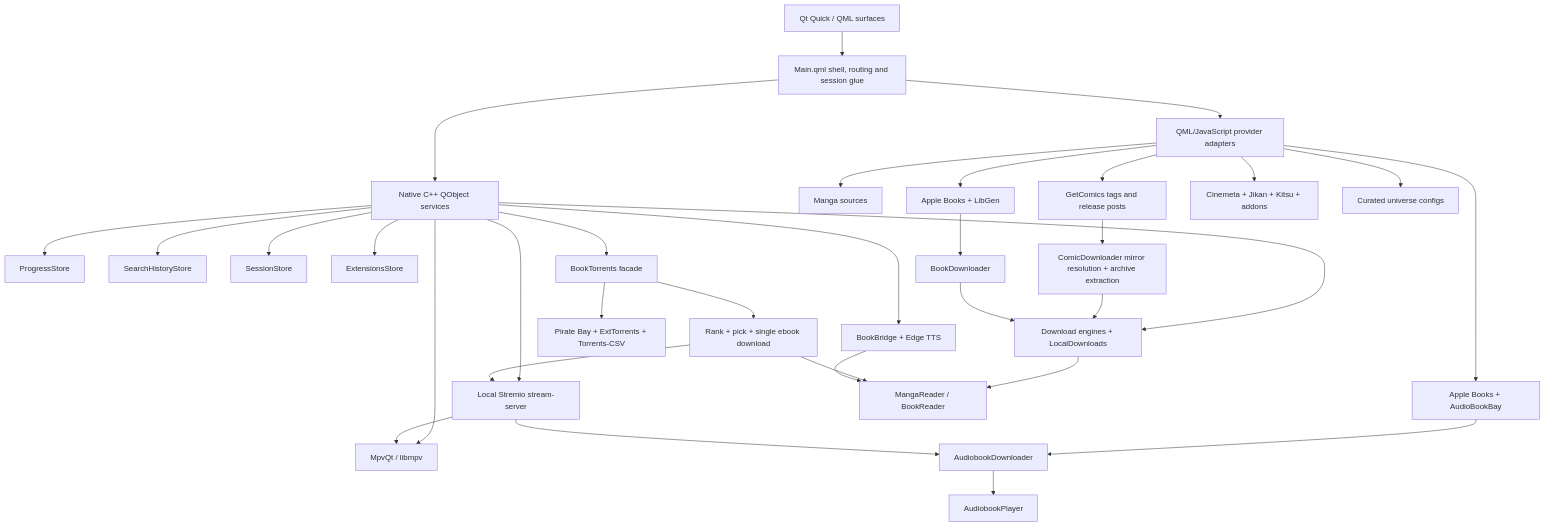
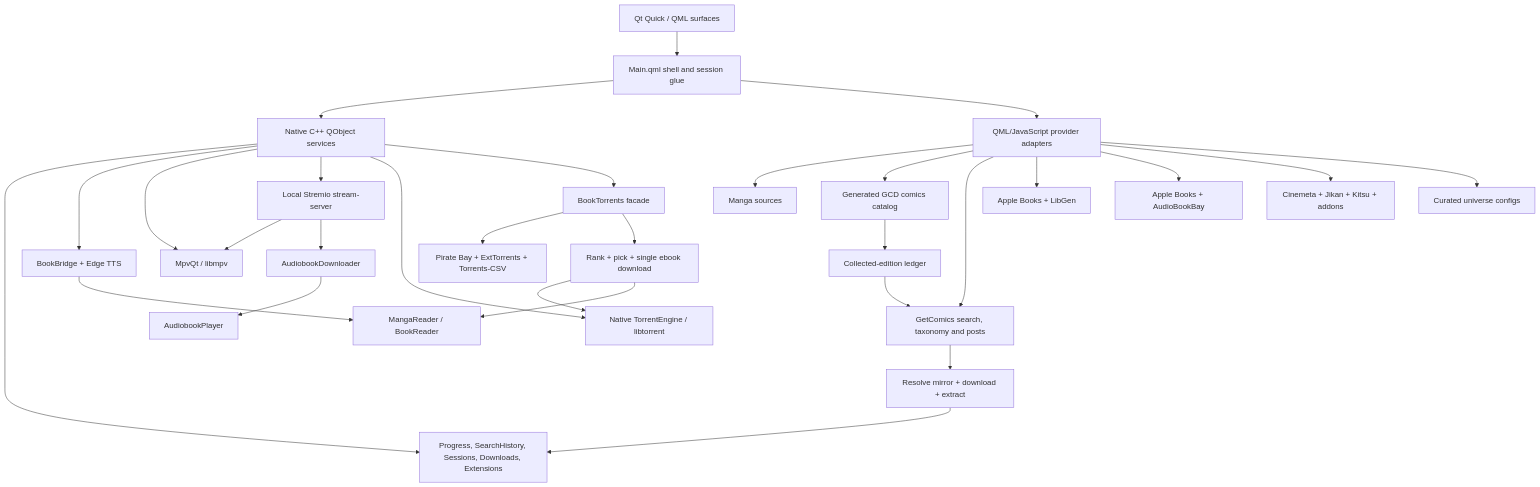
One commit to kingoftheseas56/Colosseum changed the diagram in README.md. Above: the diagram before and after it, drawn with Mermaid. The commit also changed other lines of this file, not shown here.

Commit message:
docs: refresh README for comics catalog and native torrent engine

````diff
--- a/README.md
+++ b/README.md
@@ -347,41 +305,34 @@
 ```mermaid
 flowchart TB
-    UI[Qt Quick / QML surfaces]
-    Shell[Main.qml shell, routing and session glue]
-
-    UI --> Shell
+    UI[Qt Quick / QML surfaces] --> Shell[Main.qml shell and session glue]
     Shell --> Native[Native C++ QObject services]
     Shell --> Providers[QML/JavaScript provider adapters]
 
-    Native --> Progress[ProgressStore]
-    Native --> SearchHistory[SearchHistoryStore]
-    Native --> Sessions[SessionStore]
-    Native --> Downloads[Download engines + LocalDownloads]
-    Native --> Extensions[ExtensionsStore]
+    Native --> Stores[Progress, SearchHistory, Sessions, Downloads, Extensions]
     Native --> BookBridge[BookBridge + Edge TTS]
     Native --> Player[MpvQt / libmpv]
     Native --> StreamServer[Local Stremio stream-server]
+    Native --> TorrentEngine[Native TorrentEngine / libtorrent]
     Native --> BookTorrents[BookTorrents facade]
 
     Providers --> Manga[Manga sources]
-    Providers --> GetComics[GetComics tags and release posts]
+    Providers --> ComicsCatalog[Generated GCD comics catalog]
+    Providers --> GetComics[GetComics search, taxonomy and posts]
     Providers --> Books[Apple Books + LibGen]
     Providers --> Audiobooks[Apple Books + AudioBookBay]
     Providers --> Theatre[Cinemeta + Jikan + Kitsu + addons]
     Providers --> Universes[Curated universe configs]
 
     BookTorrents --> Indexers[Pirate Bay + ExtTorrents + Torrents-CSV]
     BookTorrents --> BookTorrentDownloader[Rank + pick + single ebook download]
-    BookTorrentDownloader --> StreamServer
-    GetComics --> ComicDownloader[ComicDownloader mirror resolution + archive extraction]
-    Books --> BookDownloader[BookDownloader]
-    Audiobooks --> AudiobookDownloader[AudiobookDownloader]
+    BookTorrentDownloader --> TorrentEngine
+    ComicsCatalog --> ComicLedger[Collected-edition ledger]
+    ComicLedger --> GetComics
+    GetComics --> ComicDownloader[Resolve mirror + download + extract]
     StreamServer --> Player
-    StreamServer --> AudiobookDownloader
-    ComicDownloader --> Downloads
-    BookDownloader --> Downloads
-    Downloads --> Readers[MangaReader / BookReader]
-    BookTorrentDownloader --> Readers
+    StreamServer --> AudiobookDownloader[AudiobookDownloader]
+    ComicDownloader --> Stores
+    BookTorrentDownloader --> Readers[MangaReader / BookReader]
     AudiobookDownloader --> AudioPlayer[AudiobookPlayer]
     BookBridge --> Readers
 ```
````
